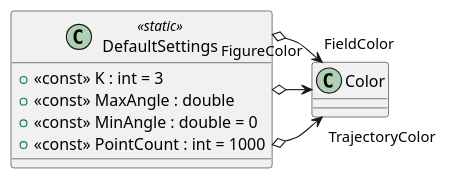
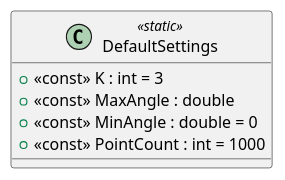
Before and after one commit to Ruslan-Gabbazov/Programming: the diagram in Docs/Programming/Core/FigureSettings.puml, drawn with PlantUML. The commit also changed 16 other files, not shown here.

Commit message:
Add class diagrams

```diff
--- a/Docs/Programming/Core/FigureSettings.puml
+++ b/Docs/Programming/Core/FigureSettings.puml
@@ -1,11 +1,9 @@
 @startuml
 class DefaultSettings <<static>> {
     + <<const>> K : int = 3
     + <<const>> MaxAngle : double
     + <<const>> MinAngle : double = 0
     + <<const>> PointCount : int = 1000
 }
-DefaultSettings o-> "TrajectoryColor" Color
-DefaultSettings o-> "FigureColor" Color
-DefaultSettings o-> "FieldColor" Color
+
 @enduml
```
